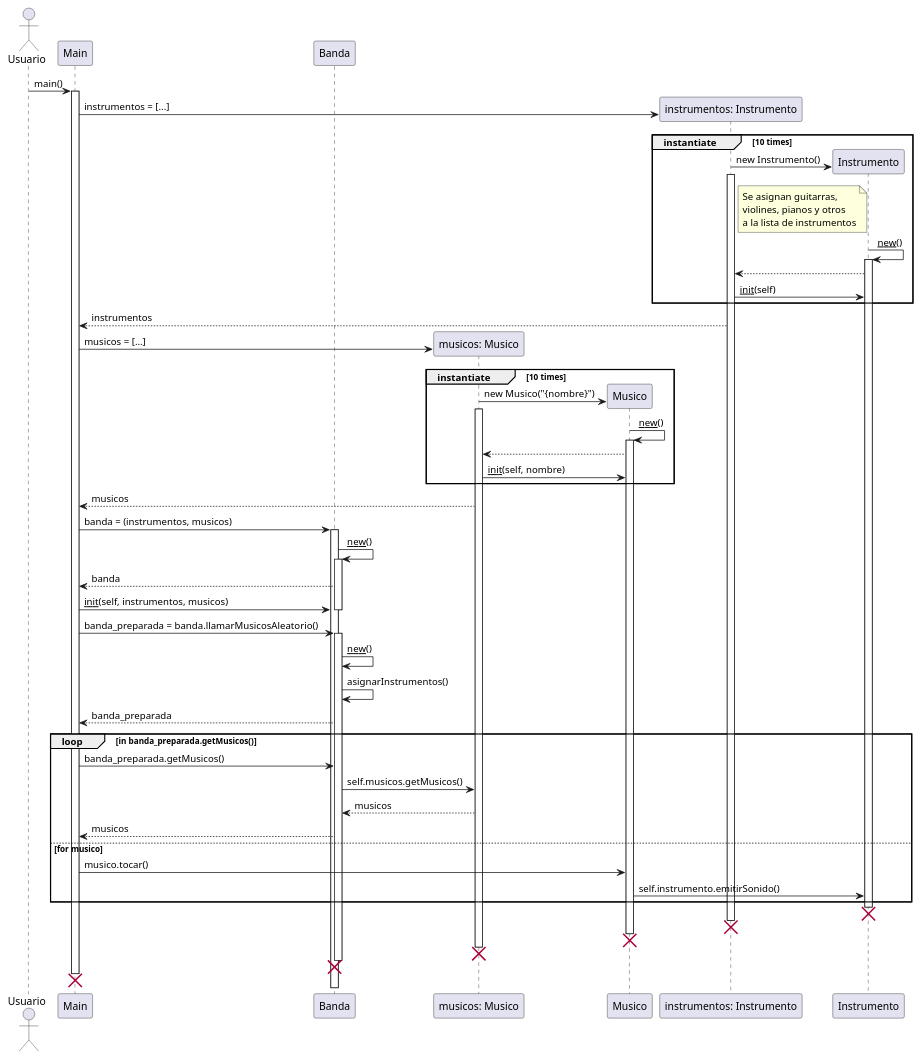
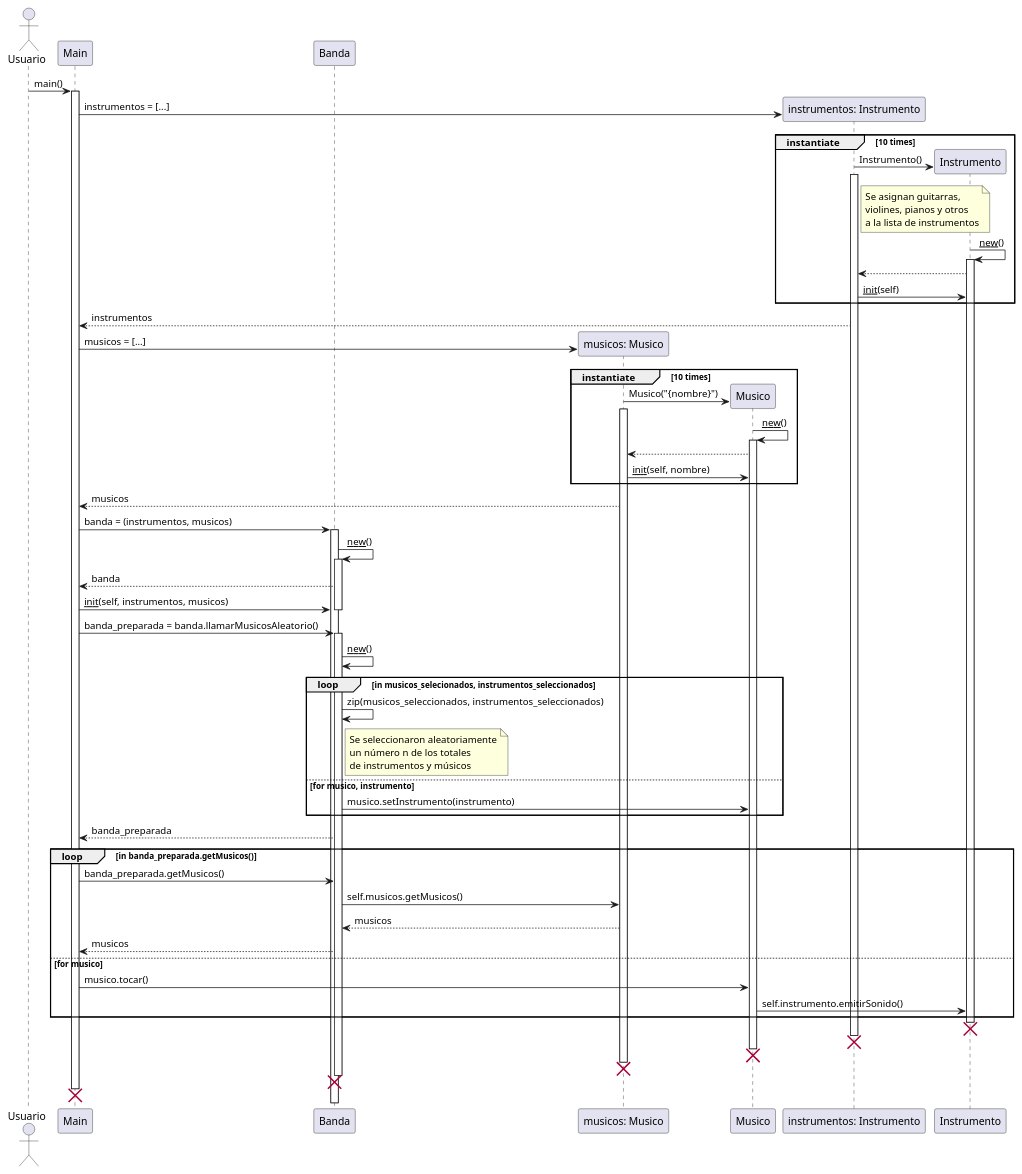
The diagram in diagramas/codigos/DiagramaSecuencia.puml (Inaryuta/Entregable-I-Modelos-Programacion-II), drawn with PlantUML before and after one commit. The commit also changed 7 other files, not shown here.

First line of the commit message:
Pulido de diagramas UML

```diff
--- a/diagramas/codigos/DiagramaSecuencia.puml
+++ b/diagramas/codigos/DiagramaSecuencia.puml
@@ -1,84 +1,98 @@
 @startuml Diagrama de Secuencia
 actor Usuario
 participant Main
 participant Banda
 participant "musicos: Musico"
 participant Musico
 participant "instrumentos: Instrumento"
 participant Instrumento
 
 
 Usuario -> Main : main()
 activate Main
 
 create "instrumentos: Instrumento"
 Main -> "instrumentos: Instrumento" : instrumentos = [...]
 
 group instantiate [10 times]
     create Instrumento
-    "instrumentos: Instrumento" -> Instrumento : new Instrumento()
+    "instrumentos: Instrumento" -> Instrumento : Instrumento()
     activate "instrumentos: Instrumento"
 
     note right of "instrumentos: Instrumento"
         Se asignan guitarras,
         violines, pianos y otros
         a la lista de instrumentos
     end note
 
     Instrumento -> Instrumento: __new__()
     activate Instrumento
 
     Instrumento --> "instrumentos: Instrumento"
     "instrumentos: Instrumento" -> Instrumento: __init__(self)
 end
 "instrumentos: Instrumento" --> Main : instrumentos
 
 
 
 create "musicos: Musico"
 Main -> "musicos: Musico" : musicos = [...]
 
 group instantiate [10 times]
     create Musico
-    "musicos: Musico" -> Musico: new Musico("{nombre}")
+    "musicos: Musico" -> Musico: Musico("{nombre}")
     activate "musicos: Musico"
 
     Musico -> Musico: __new__()
     activate Musico
 
     Musico --> "musicos: Musico"
     "musicos: Musico" -> Musico: __init__(self, nombre)
 end
 "musicos: Musico" --> Main: musicos
 
 
 Main -> Banda : banda = (instrumentos, musicos)
 activate Banda
 Banda -> Banda : __new__()
 activate Banda
 Banda --> Main: banda
 Main -> Banda : __init__(self, instrumentos, musicos)
 deactivate Banda
 Main -> Banda : banda_preparada = banda.llamarMusicosAleatorio()
 activate Banda
 Banda -> Banda : __new__()
-Banda -> Banda : asignarInstrumentos()
+
+loop in musicos_selecionados, instrumentos_seleccionados
+    Banda -> Banda: zip(musicos_seleccionados, instrumentos_seleccionados)
+
+    note right of Banda
+        Se seleccionaron aleatoriamente
+        un número n de los totales
+        de instrumentos y músicos
+    end note
+
+else for musico, instrumento
+    Banda -> Musico: musico.setInstrumento(instrumento)
+end loop
+
+
 Banda --> Main : banda_preparada
 
 loop in banda_preparada.getMusicos()
     Main -> Banda : banda_preparada.getMusicos()
     Banda -> "musicos: Musico" : self.musicos.getMusicos()
     "musicos: Musico" --> Banda : musicos
     Banda --> Main: musicos
 else for musico
     Main -> Musico: musico.tocar()
     Musico -> Instrumento: self.instrumento.emitirSonido()
 end loop
 
 destroy Instrumento
 destroy "instrumentos: Instrumento"
 destroy Musico
 destroy "musicos: Musico"
 destroy Banda
 destroy Main
 @enduml
```
